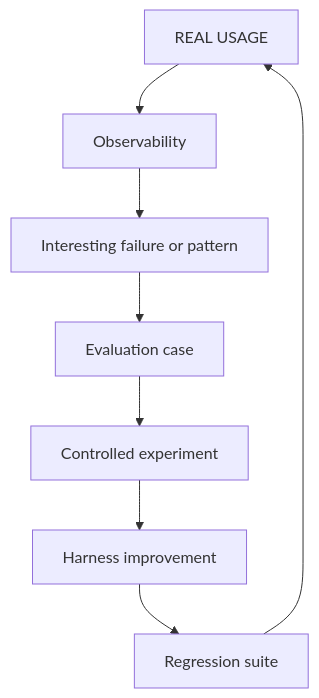
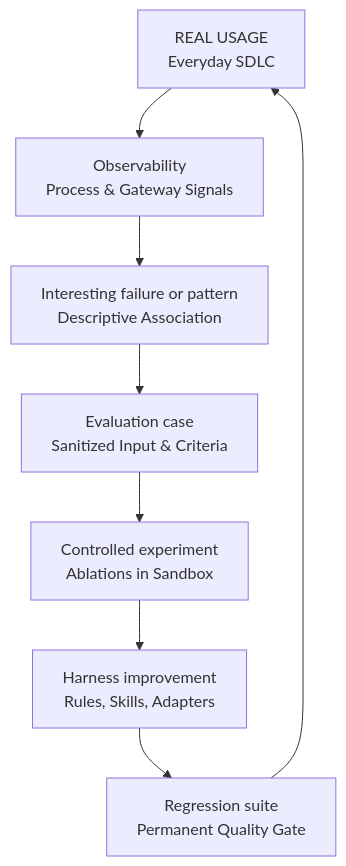
Before and after one commit to marcosdh1987/harness-engineering-guide: the diagram in docs/en/concepts/observability-vs-evaluation.md, drawn with Mermaid. The commit also changed other lines of this file and 9 other files, not shown here.

````diff
--- a/docs/en/concepts/observability-vs-evaluation.md
+++ b/docs/en/concepts/observability-vs-evaluation.md
@@ -22,10 +22,10 @@
 ```mermaid
 flowchart TB
-    REAL["REAL USAGE"] --> OBS["Observability"]
-    OBS --> PATTERN["Interesting failure or pattern"]
-    PATTERN --> CASE["Evaluation case"]
-    CASE --> EXP["Controlled experiment"]
-    EXP --> CHANGE["Harness improvement"]
-    CHANGE --> REG["Regression suite"]
+    REAL["REAL USAGE<br/>Everyday SDLC"] --> OBS["Observability<br/>Process & Gateway Signals"]
+    OBS --> PATTERN["Interesting failure or pattern<br/>Descriptive Association"]
+    PATTERN --> CASE["Evaluation case<br/>Sanitized Input & Criteria"]
+    CASE --> EXP["Controlled experiment<br/>Ablations in Sandbox"]
+    EXP --> CHANGE["Harness improvement<br/>Rules, Skills, Adapters"]
+    CHANGE --> REG["Regression suite<br/>Permanent Quality Gate"]
     REG --> REAL
 ```
````
